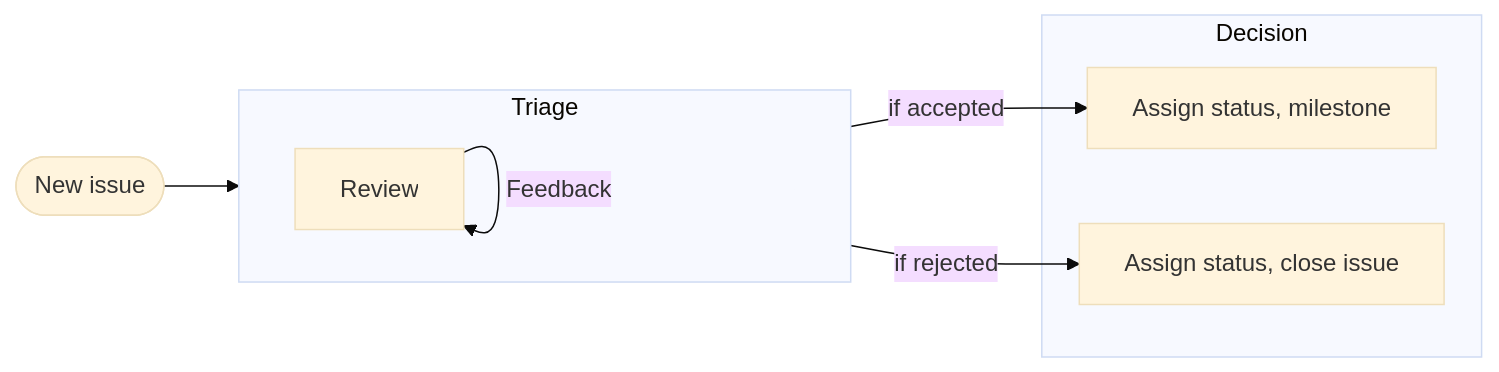
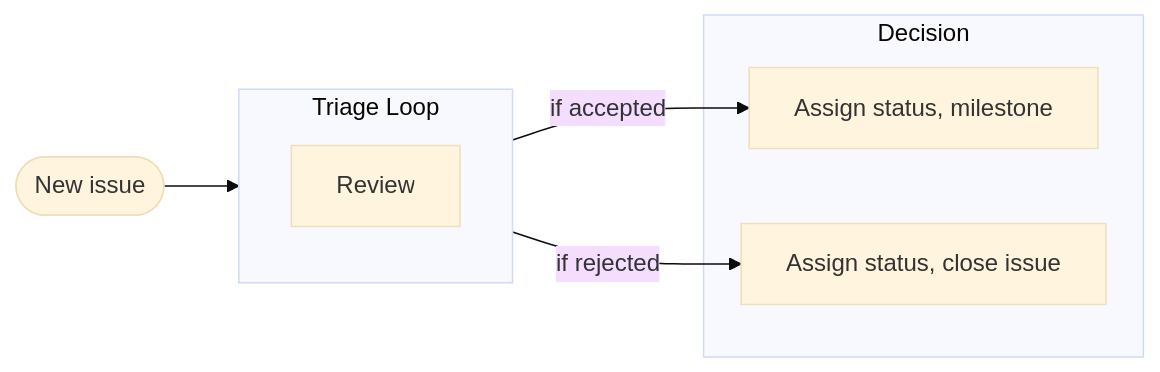
The first of 3 diagrams in PROJECT.md (docker/buildx), drawn with Mermaid (base theme) before and after one commit. The commit also changed other lines of this file, not shown here.

Commit message:
update mermaid diagram to avoid GH mermaid issues

````diff
--- a/PROJECT.md
+++ b/PROJECT.md
@@ -313,14 +313,13 @@
 ```mermaid
 flowchart LR
   create([New issue]) --> triage
-  subgraph triage[Triage]
-	  direction LR
-	  review[Review] -- Feedback --> review
+  subgraph triage[Triage Loop]
+    review[Review]
   end
   subgraph decision[Decision]
     accept[Accept]
     close[Close]
   end
   triage -- if accepted --> accept[Assign status, milestone]
   triage -- if rejected --> close[Assign status, close issue]
-  ```
+```
````
